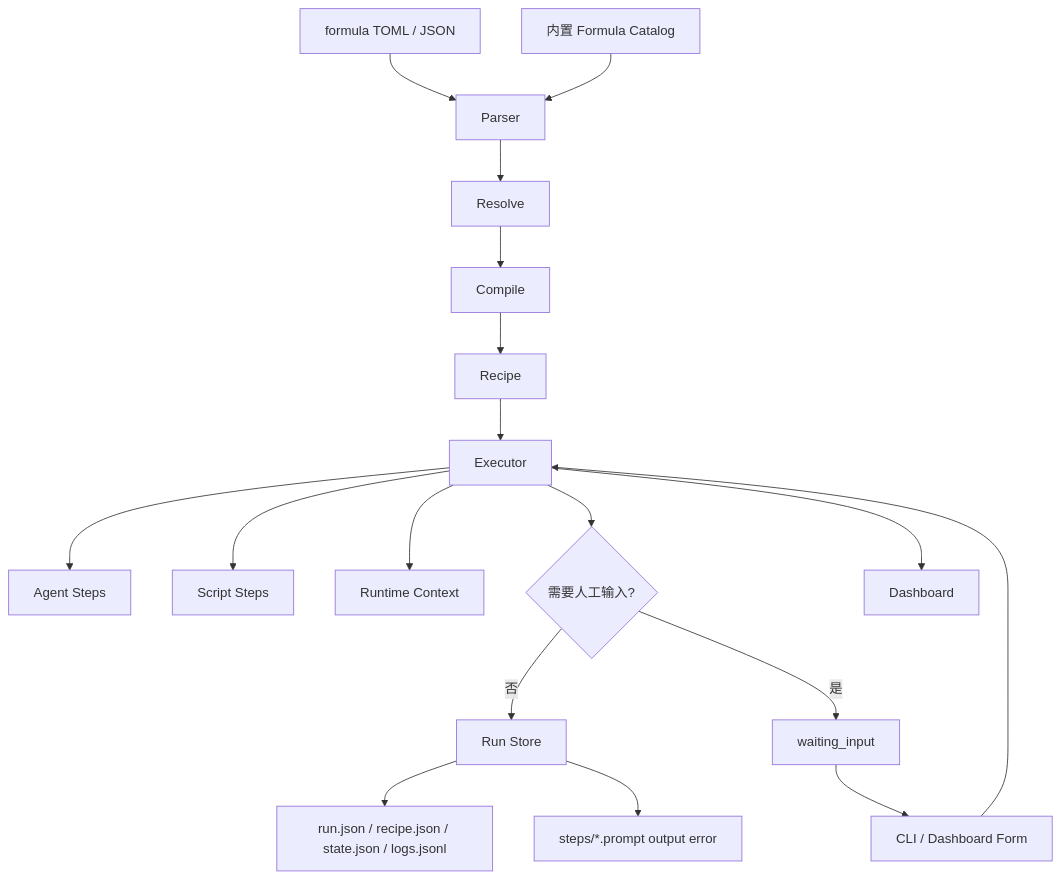
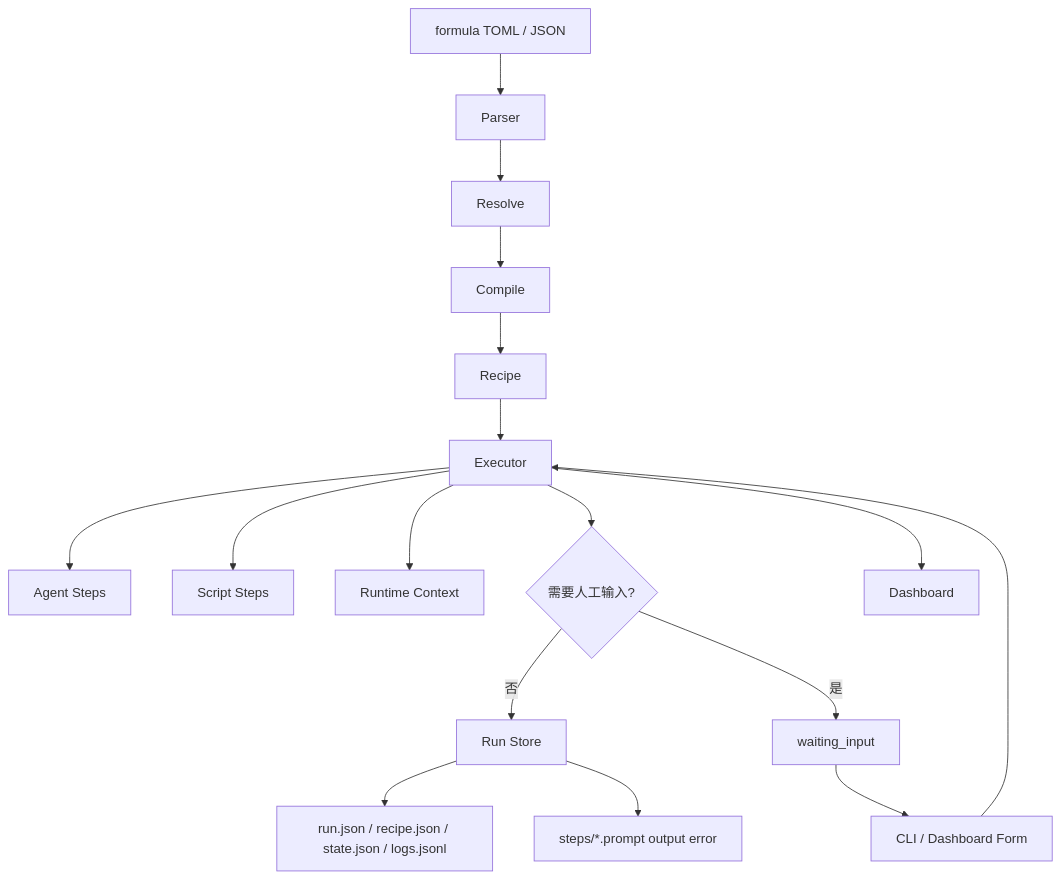
Before and after one commit to sjzsdu/tt: the first of 8 diagrams in ai-docs/formula-system.md, drawn with Mermaid. The commit also changed other lines of this file and 19 other files, not shown here.

````diff
--- a/ai-docs/formula-system.md
+++ b/ai-docs/formula-system.md
@@ -13,20 +13,19 @@
 ```mermaid
 flowchart TD
     A[formula TOML / JSON] --> B[Parser]
-    A0[内置 Formula Catalog] --> B
     B --> C[Resolve]
     C --> D[Compile]
     D --> E[Recipe]
     E --> F[Executor]
     F --> G[Agent Steps]
     F --> H[Script Steps]
     F --> I[Runtime Context]
     F --> X{需要人工输入?}
     X -->|否| J[Run Store]
     X -->|是| Y[waiting_input]
     Y --> Z[CLI / Dashboard Form]
     Z --> F
     J --> K[run.json / recipe.json / state.json / logs.jsonl]
     J --> L[steps/*.prompt output error]
     F --> M[Dashboard]
 ```
````
